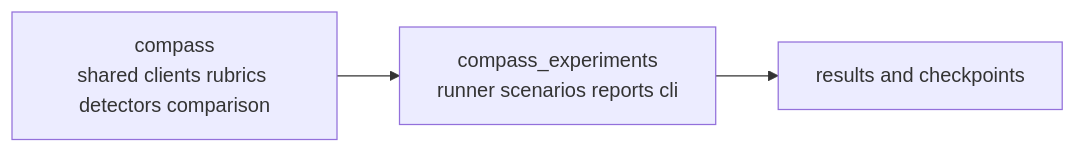
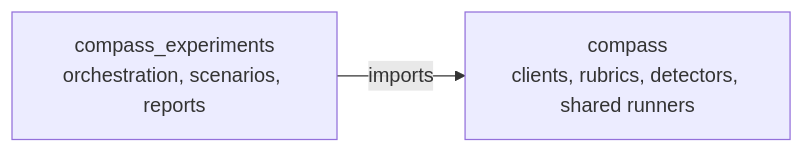
Before and after one commit to prathibha-github/compass-experiments: the first of 3 diagrams in ARCHITECTURE.md, drawn with Mermaid. The commit also changed other lines of this file, not shown here.

Commit message:
Document both harness execution paths

````diff
--- a/ARCHITECTURE.md
+++ b/ARCHITECTURE.md
@@ -9,9 +11,4 @@
 ```mermaid
 flowchart LR
-    Compass[compass<br/>shared clients rubrics detectors comparison]
-    Experiments[compass_experiments<br/>runner scenarios reports cli]
-    Results[results and checkpoints]
-
-    Compass --> Experiments
-    Experiments --> Results
+    Harness["compass_experiments<br/>orchestration, scenarios, reports"] -->|imports| Compass["compass<br/>clients, rubrics, detectors, shared runners"]
 ```
````
